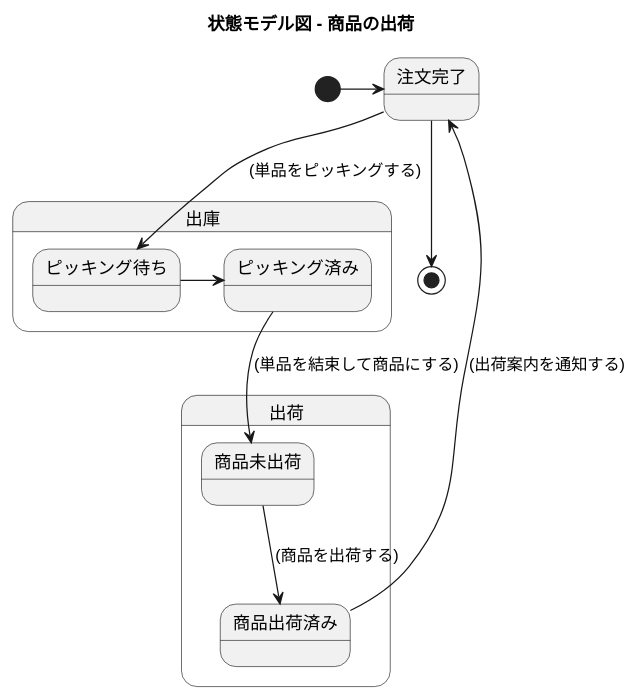
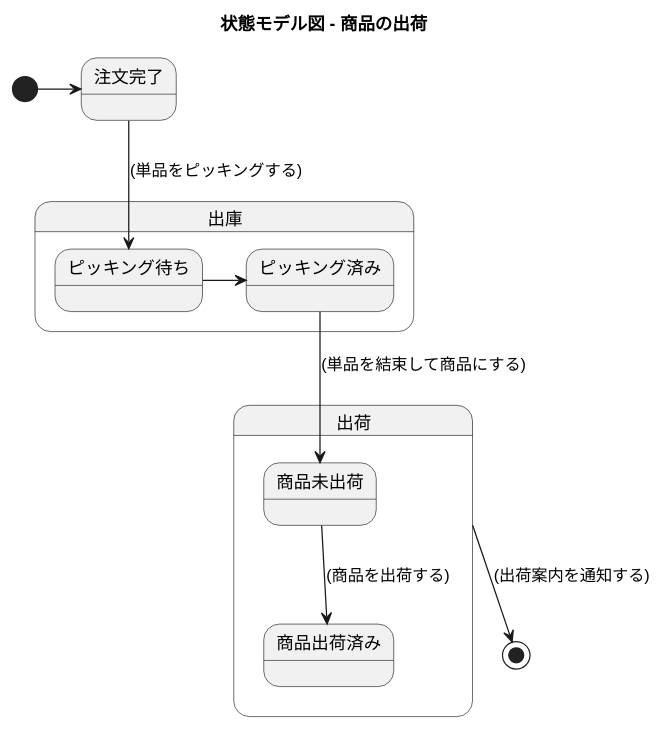
One commit to k2works/application_programing_excercise_2022 changed diagram 38 of 47 in docs/index.adoc. Above: the diagram before and after it, drawn with PlantUML. The commit also changed other lines of this file, not shown here.

```diff
--- a/docs/index.adoc
+++ b/docs/index.adoc
@@ -1215,26 +1215,25 @@
 [plantuml]
 ----
 @startuml
 
 title 状態モデル図 - 商品の出荷
 
 state 出庫 {
 state ピッキング待ち
 state ピッキング済み
 }
 
 state 出荷 {
 state 商品未出荷
 state 商品出荷済み
 }
 
 [*] -> 注文完了
 注文完了 --> ピッキング待ち: (単品をピッキングする)
 ピッキング待ち -> ピッキング済み
 ピッキング済み --> 商品未出荷: (単品を結束して商品にする)
 商品未出荷 --> 商品出荷済み: (商品を出荷する)
-商品出荷済み --> 注文完了: (出荷案内を通知する)
-注文完了 --> [*]
+出荷 --> [*]: (出荷案内を通知する)
 
 @enduml
 ----
```
